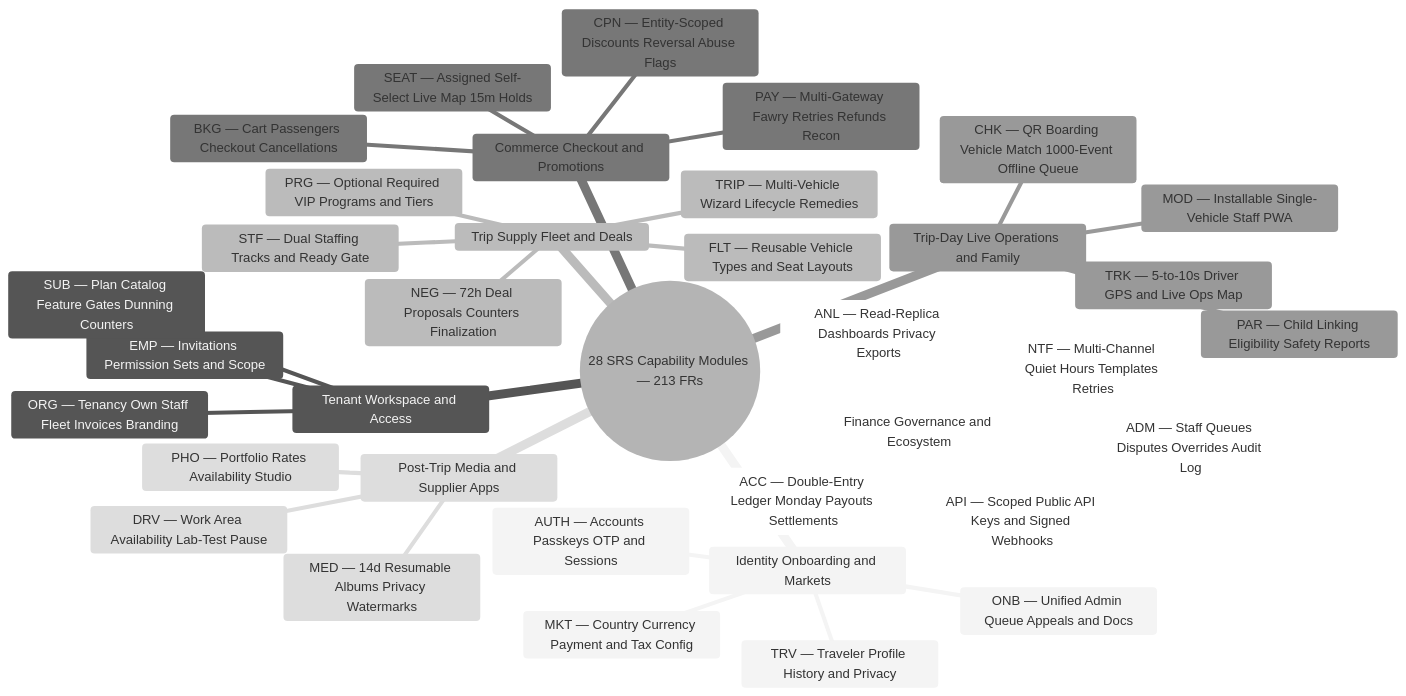
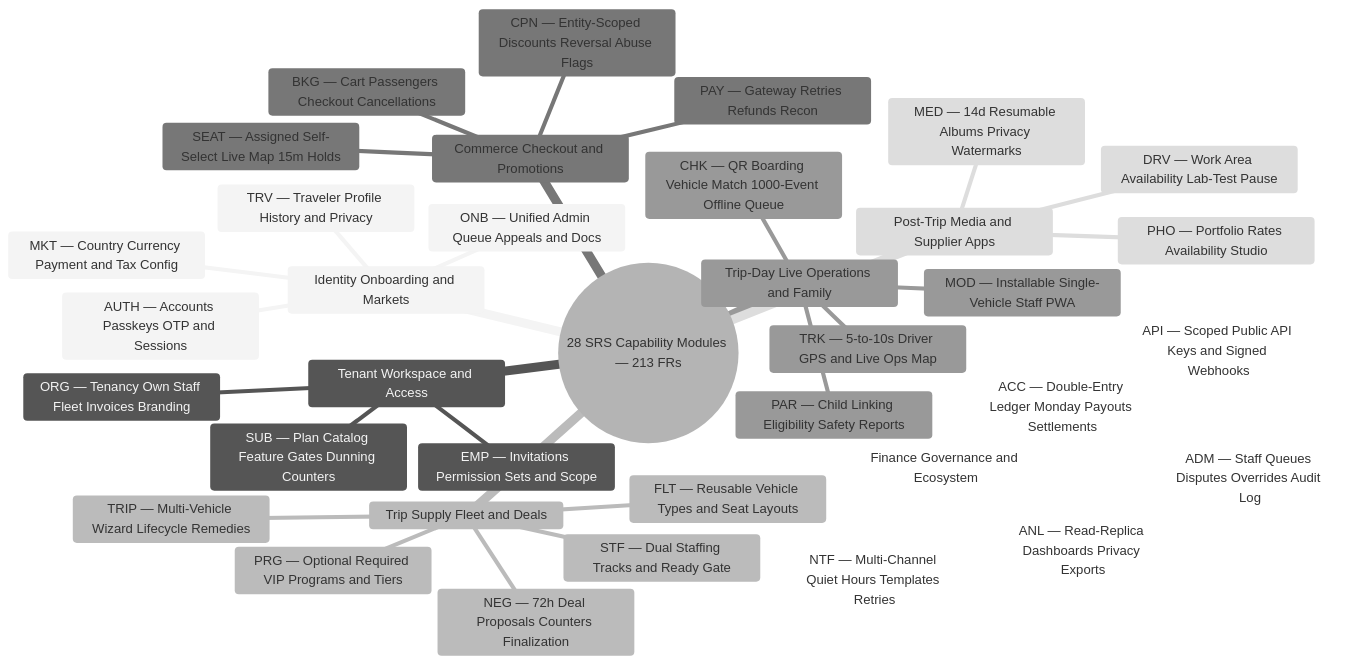
The third of 7 diagrams in content/docs/system/mindmaps.mdx (mohamedhabibwork/trips-enjoy-docs), drawn with Mermaid (neutral theme) before and after one commit. The commit also changed other lines of this file and 117 other files, not shown here.

````diff
--- a/content/docs/system/mindmaps.mdx
+++ b/content/docs/system/mindmaps.mdx
@@ -205,39 +205,39 @@
 ```mermaid
 mindmap
   root(("28 SRS Capability Modules — 213 FRs"))
     Identity Onboarding and Markets
       AUTH — Accounts Passkeys OTP and Sessions
       ONB — Unified Admin Queue Appeals and Docs
       MKT — Country Currency Payment and Tax Config
       TRV — Traveler Profile History and Privacy
     Tenant Workspace and Access
       ORG — Tenancy Own Staff Fleet Invoices Branding
       EMP — Invitations Permission Sets and Scope
       SUB — Plan Catalog Feature Gates Dunning Counters
     Trip Supply Fleet and Deals
       FLT — Reusable Vehicle Types and Seat Layouts
       TRIP — Multi-Vehicle Wizard Lifecycle Remedies
       PRG — Optional Required VIP Programs and Tiers
       STF — Dual Staffing Tracks and Ready Gate
       NEG — 72h Deal Proposals Counters Finalization
     Commerce Checkout and Promotions
       SEAT — Assigned Self-Select Live Map 15m Holds
       BKG — Cart Passengers Checkout Cancellations
-      PAY — Multi-Gateway Fawry Retries Refunds Recon
+      PAY — Gateway Retries Refunds Recon
       CPN — Entity-Scoped Discounts Reversal Abuse Flags
     Trip-Day Live Operations and Family
       MOD — Installable Single-Vehicle Staff PWA
       CHK — QR Boarding Vehicle Match 1000-Event Offline Queue
       TRK — 5-to-10s Driver GPS and Live Ops Map
       PAR — Child Linking Eligibility Safety Reports
     Post-Trip Media and Supplier Apps
       DRV — Work Area Availability Lab-Test Pause
       PHO — Portfolio Rates Availability Studio
       MED — 14d Resumable Albums Privacy Watermarks
     Finance Governance and Ecosystem
       ACC — Double-Entry Ledger Monday Payouts Settlements
       ADM — Staff Queues Disputes Overrides Audit Log
       NTF — Multi-Channel Quiet Hours Templates Retries
       ANL — Read-Replica Dashboards Privacy Exports
       API — Scoped Public API Keys and Signed Webhooks
 ```
````
